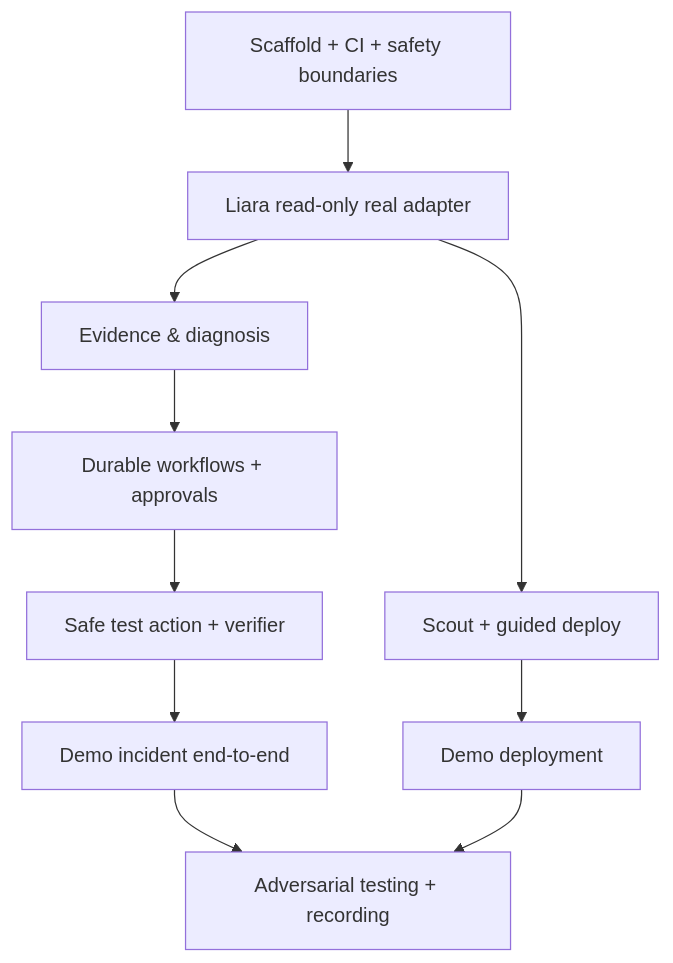
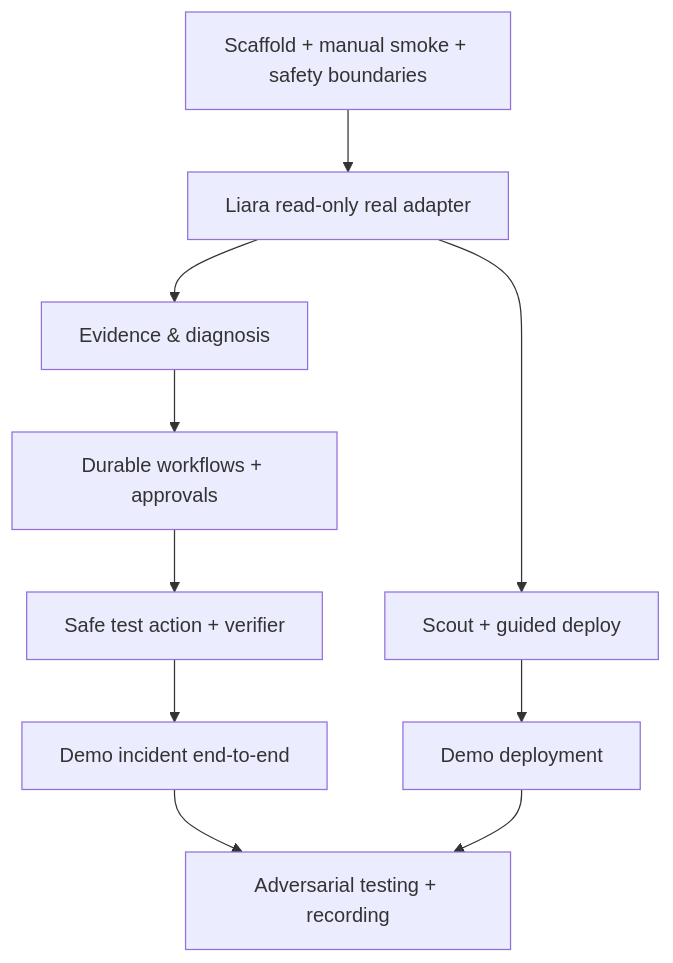
One commit to afakhari/server_agent changed the diagram in docs/13-delivery-roadmap.md. Above: the diagram before and after it, drawn with Mermaid. The commit also changed other lines of this file and 10 other files, not shown here.

````diff
--- a/docs/13-delivery-roadmap.md
+++ b/docs/13-delivery-roadmap.md
@@ -4,12 +4,12 @@
 ```mermaid
 flowchart TD
-  M0[Scaffold + CI + safety boundaries] --> M1[Liara read-only real adapter]
+  M0[Scaffold + manual smoke + safety boundaries] --> M1[Liara read-only real adapter]
   M1 --> M2[Evidence & diagnosis]
   M2 --> M3[Durable workflows + approvals]
   M3 --> M4[Safe test action + verifier]
   M4 --> D[Demo incident end-to-end]
   M1 --> M5[Scout + guided deploy]
   M5 --> D2[Demo deployment]
   D --> F[Adversarial testing + recording]
   D2 --> F
 ```
````
